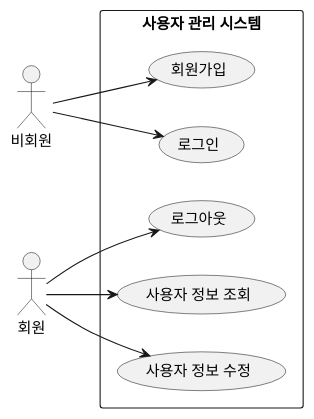
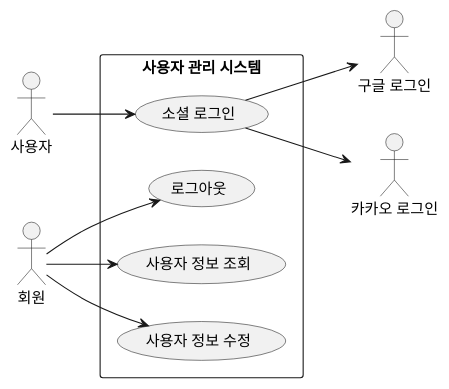
Before and after one commit to wzrabbit/closet-fairy-diagrams: the diagram in src/content/docs/use-cases/2/index.md, drawn with PlantUML. The commit also changed other lines of this file and 7 other files, not shown here.

Commit message:
docs: 사용자 관리 SRS 상세화 (소셜 로그인 전환)

````diff
--- a/src/content/docs/use-cases/2/index.md
+++ b/src/content/docs/use-cases/2/index.md
@@ -21,24 +20,26 @@
 ```plantuml
 @startuml
 left to right direction
 skinparam packageStyle rectangle
 skinparam shadowing false
 
-actor "비회원" as Guest
+actor "사용자" as User
 actor "회원" as Member
+actor "구글 로그인" as Google
+actor "카카오 로그인" as Kakao
 
 rectangle "사용자 관리 시스템" {
-  usecase "회원가입" as UC1
-  usecase "로그인" as UC2
-  usecase "로그아웃" as UC3
-  usecase "사용자 정보 조회" as UC5
-  usecase "사용자 정보 수정" as UC6
+  usecase "소셜 로그인" as Login
+  usecase "로그아웃" as Logout
+  usecase "사용자 정보 조회" as View
+  usecase "사용자 정보 수정" as Update
 }
 
-Guest --> UC1
-Guest --> UC2
-Member --> UC3
-Member --> UC5
-Member --> UC6
+User --> Login
+Login --> Google
+Login --> Kakao
+Member --> Logout
+Member --> View
+Member --> Update
 @enduml
 ```
````
